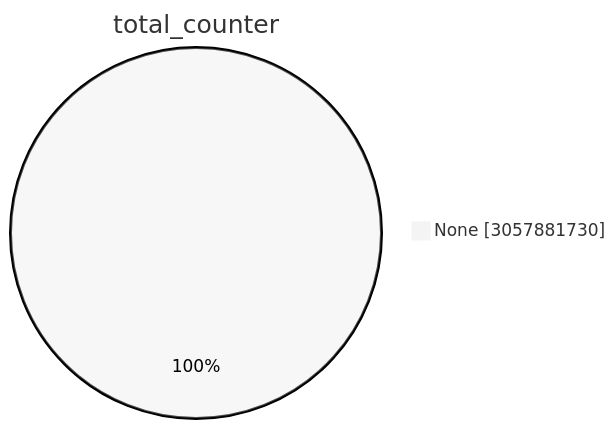
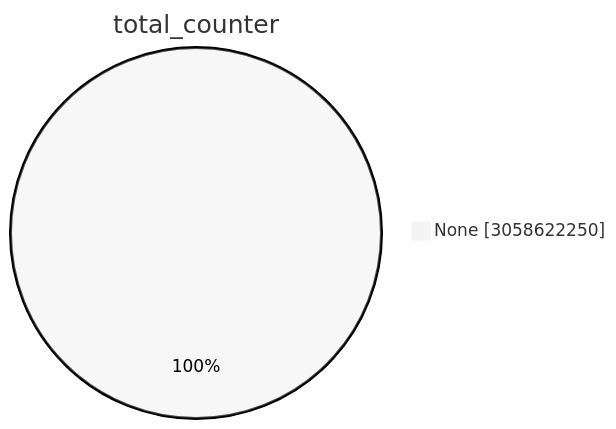
One commit to christiankrug/ctmonitor_visualization changed the first of 15 diagrams in TOTAL/README.md. Above: the diagram before and after it, drawn with Mermaid (neutral theme). The commit also changed other lines of this file, not shown here.

````diff
--- a/TOTAL/README.md
+++ b/TOTAL/README.md
@@ -1,5 +1,5 @@
 ```mermaid
 pie showData
 title total_counter
-"None" :3057881730
+"None" :3058622250
 ```
````
